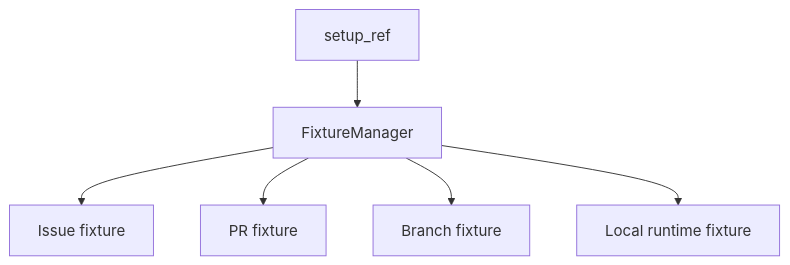
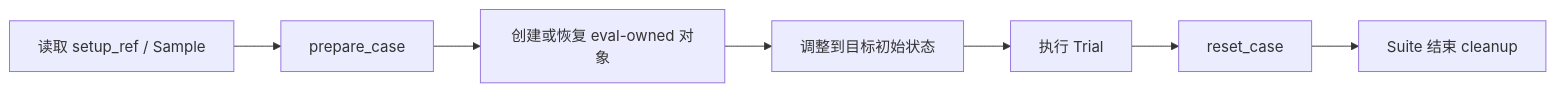
Before and after one commit to Arthur999459up/GitAgent: the fourth of 14 diagrams in docs/14-evaluation-design.md, drawn with Mermaid. The commit also changed other lines of this file and 16 other files, not shown here.

````diff
--- a/docs/14-evaluation-design.md
+++ b/docs/14-evaluation-design.md
@@ -170,8 +271,9 @@
 ```mermaid
-flowchart TD
-    S[setup_ref] --> F[FixtureManager]
-    F --> I[Issue fixture]
-    F --> P[PR fixture]
-    F --> B[Branch fixture]
-    F --> L[Local runtime fixture]
+flowchart LR
+    S[读取 setup_ref / Sample] --> P[prepare_case]
+    P --> O[创建或恢复 eval-owned 对象]
+    O --> R[调整到目标初始状态]
+    R --> T[执行 Trial]
+    T --> C[reset_case]
+    C --> E[Suite 结束 cleanup]
 ```
````
